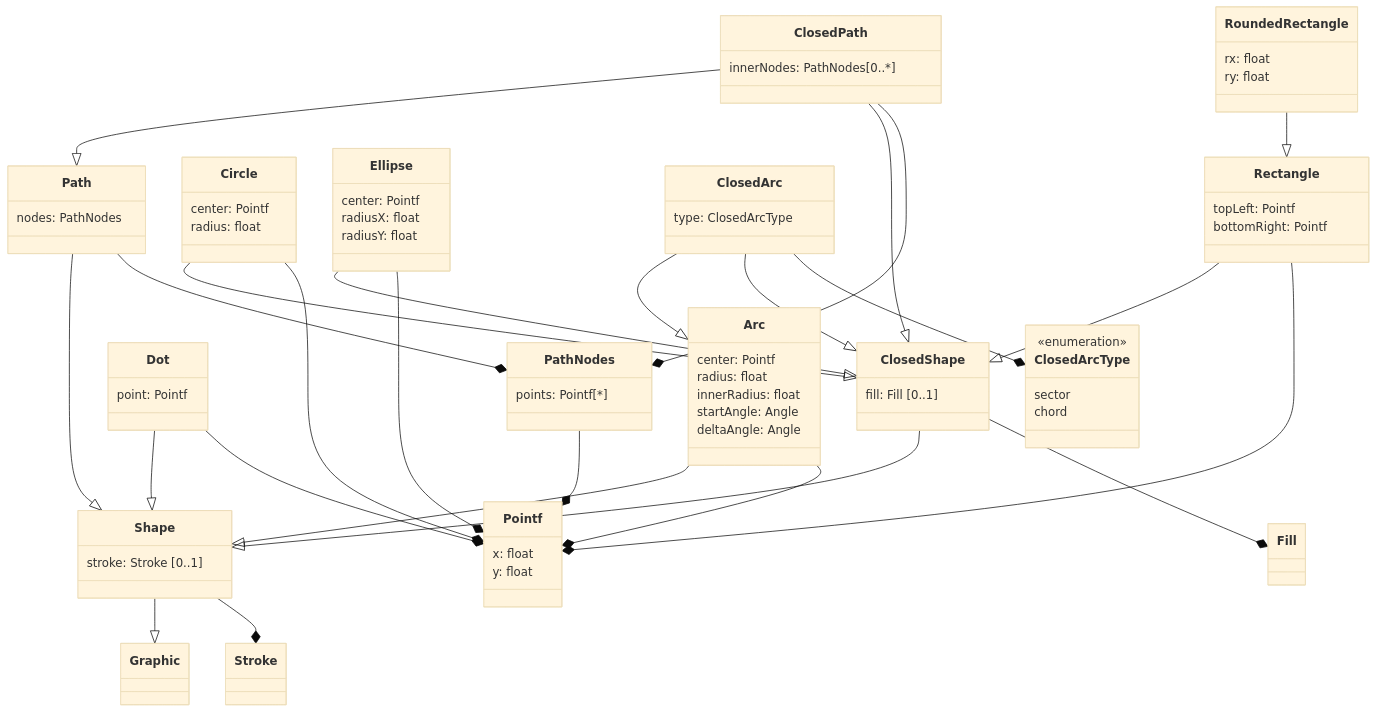
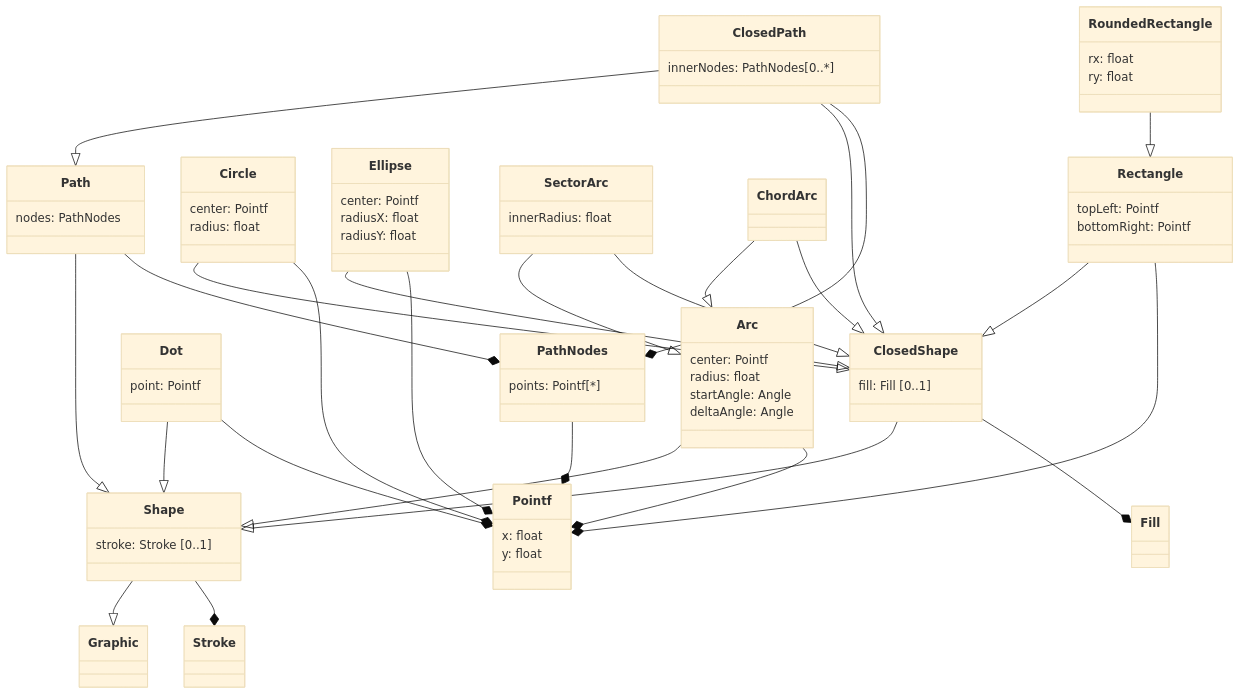
Before and after one commit to opengeospatial/styles-and-symbology: the diagram in core/UML/mermaid/shapes.md, drawn with Mermaid (base theme).

Commit message:
UML/shapes: ChordArc and SectorArc classes

```diff
--- a/core/UML/mermaid/shapes.md
+++ b/core/UML/mermaid/shapes.md
@@ -29,20 +29,17 @@
         radiusX: float
         radiusY: float
     }
-    class ClosedArcType {
-       <<enumeration>>
-       sector
-       chord
+
+    class SectorArc {
+        innerRadius: float
     }
 
-    class ClosedArc {
-        type: ClosedArcType
+    class ChordArc {
     }
 
     class Arc {
         center: Pointf
         radius: float
-        innerRadius: float
         startAngle: Angle
         deltaAngle: Angle
     }
@@ -69,8 +66,10 @@
   Circle --|> ClosedShape
   Ellipse --|>Closed Shape
   Arc --|> Shape
-  ClosedArc --|> Arc
-  ClosedArc --|> ClosedShape
+  SectorArc --|> Arc
+  SectorArc --|> ClosedShape
+  ChordArc --|> Arc
+  ChordArc --|> ClosedShape
   Path --|> Shape
   RoundedRectangle --|> Rectangle
   ClosedPath --|> Path
@@ -86,7 +85,6 @@
   Ellipse --* Pointf
   Rectangle --* Pointf
   Arc --* Pointf
-  ClosedArc --* ClosedArcType
   ClosedShape --* Fill
   Shape --* Stroke
 
```
